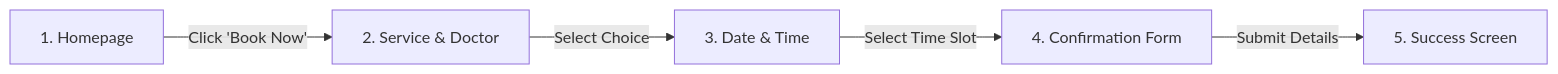
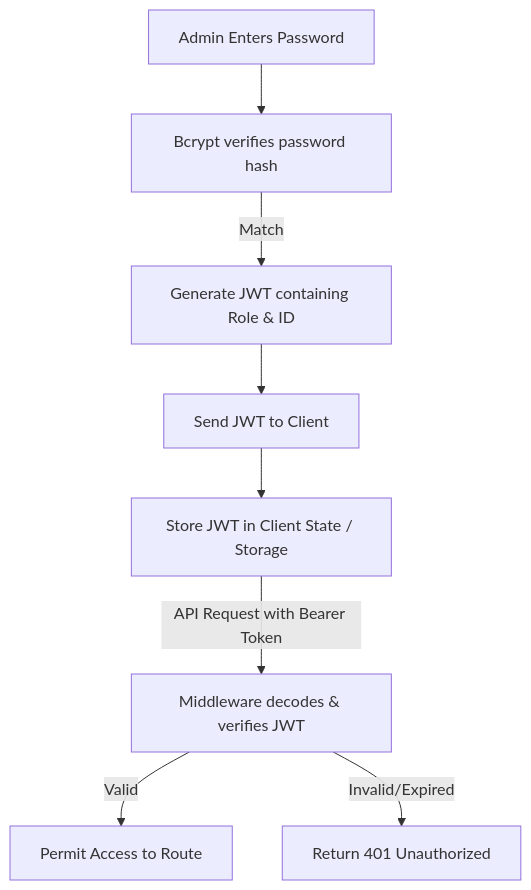
The second of 2 diagrams in Case_Study.md (Gokulraj-N80/Dental-website), drawn with Mermaid before and after one commit. The commit also changed other lines of this file, not shown here.

````diff
--- a/Case_Study.md
+++ b/Case_Study.md
@@ -64,7 +74,10 @@
 ```mermaid
-flowchart LR
-    A["1. Homepage"] -->|Click 'Book Now'| B["2. Service & Doctor"]
-    B -->|Select Choice| C["3. Date & Time"]
-    C -->|Select Time Slot| D["4. Confirmation Form"]
-    D -->|Submit Details| E["5. Success Screen"]
+flowchart TD
+    A["Admin Enters Password"] --> B["Bcrypt verifies password hash"]
+    B -->|Match| C["Generate JWT containing Role & ID"]
+    C --> D["Send JWT to Client"]
+    D --> E["Store JWT in Client State / Storage"]
+    E -->|API Request with Bearer Token| F["Middleware decodes & verifies JWT"]
+    F -->|Valid| G["Permit Access to Route"]
+    F -->|Invalid/Expired| H["Return 401 Unauthorized"]
 ```
````
